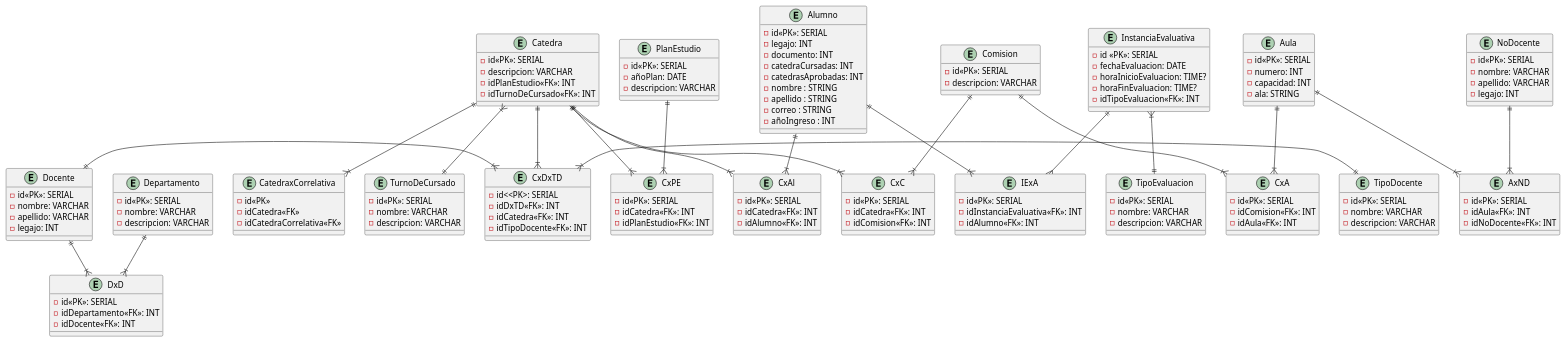
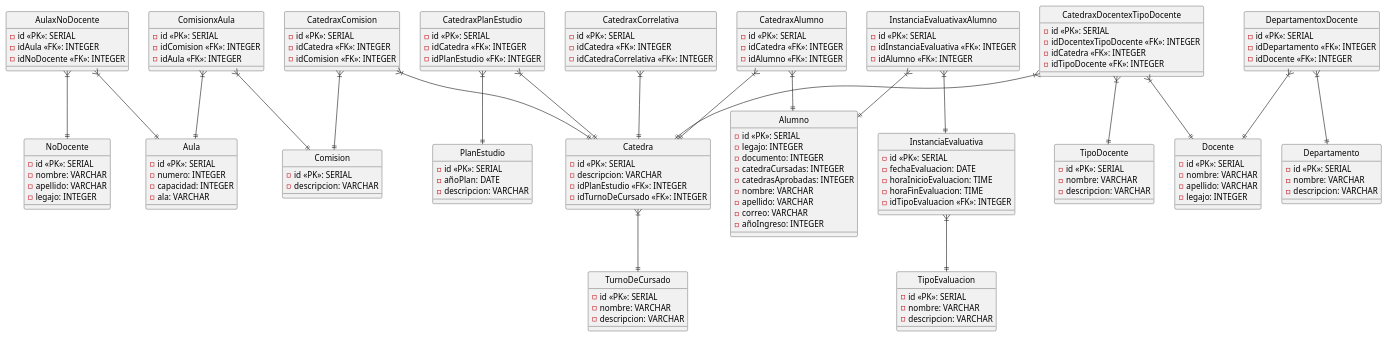
Before and after one commit to Medina-LisandroUTN/Sistema-Academico-2025: the diagram in Grupo5/Catedra.plantuml, drawn with PlantUML.

Commit message:
pero hágase todo decentemente y con orden. Corintios 14:40

```diff
--- a/Grupo5/Catedra.plantuml
+++ b/Grupo5/Catedra.plantuml
@@ -1,160 +1,170 @@
 @startuml Catedra
-hide circel
-entity Alumno{
-    -id<<PK>>: SERIAL
-    -legajo: INT
-    -documento: INT
-    -catedraCursadas: INT
-    -catedrasAprobadas: INT
-    -nombre : STRING
-    -apellido : STRING
-    -correo : STRING
-    -añoIngreso : INT
+hide circle
+entity Alumno {
+    - id <<PK>>: SERIAL
+    - legajo: INTEGER
+    - documento: INTEGER
+    - catedraCursadas: INTEGER
+    - catedrasAprobadas: INTEGER
+    - nombre: VARCHAR
+    - apellido: VARCHAR
+    - correo: VARCHAR
+    - añoIngreso: INTEGER
 }
 
-entity Aula{
-    -id<<PK>>: SERIAL
-    -numero: INT
-    -capacidad: INT
-    -ala: STRING
-}
-''Aula por No docente
-entity AxND{
-    -id<<PK>>: SERIAL
-    -idAula<<FK>>: INT
-    -idNoDocente<<FK>>: INT
+entity Aula {
+    - id <<PK>>: SERIAL
+    - numero: INTEGER
+    - capacidad: INTEGER
+    - ala: VARCHAR
 }
 
-entity Catedra{
-    -id<<PK>>: SERIAL
-    -descripcion: VARCHAR
-    -idPlanEstudio<<FK>>: INT
-    -idTurnoDeCursado<<FK>>: INT
+entity Catedra {
+    - id <<PK>>: SERIAL
+    - descripcion: VARCHAR
+    - idPlanEstudio <<FK>>: INTEGER
+    - idTurnoDeCursado <<FK>>: INTEGER
 }
 
-''Catedra por alumno
-entity CxAl{
-    -id<<PK>>: SERIAL
-    -idCatedra<<FK>>: INT
-    -idAlumno<<FK>>: INT
-}
-''Catedra por docente por tipo docente
-entity CxDxTD{
-    -id<<PK>: SERIAL
-    -idDxTD<<FK>>: INT
-    -idCatedra<<FK>>: INT
-    -idTipoDocente<<FK>>: INT
-}
-''Comision por aula
-entity CxA{
-    -id<<PK>>: SERIAL
-    -idComision<<FK>>: INT
-    -idAula<<FK>>: INT
-}
-''Catedra por Comisión
-entity CxC{
-    -id<<PK>>: SERIAL
-    -idCatedra<<FK>>: INT
-    -idComision<<FK>>: INT
-}
-''Catedra por Plan de Estudio
-entity CxPE{
-    -id<<PK>>: SERIAL
-    -idCatedra<<FK>>: INT
-    -idPlanEstudio<<FK>>: INT
-}
 entity Comision {
-    -id<<PK>>: SERIAL
-    -descripcion: VARCHAR
-}
-entity Departamento{
-    -id<<PK>>: SERIAL
-    -nombre: VARCHAR
-    -descripcion: VARCHAR
-}
-''Departamento por Docente
-entity DxD{
-    -id<<PK>>: SERIAL
-    -idDepartamento<<FK>>: INT
-    -idDocente<<FK>>: INT
-}
-entity Docente{
-    -id<<PK>>: SERIAL
-    -nombre: VARCHAR
-    -apellido: VARCHAR
-    -legajo: INT
-}
-entity InstanciaEvaluativa{
-    -id <<PK>>: SERIAL
-    -fechaEvaluacion: DATE
-    -horaInicioEvaluacion: TIME?
-    -horaFinEvaluacion: TIME?
-    -idTipoEvaluacion<<FK>>: INT
-}
-''InstanciaEvaluativa por Alumno
-entity IExA{
-    -id<<PK>>: SERIAL
-    -idInstanciaEvaluativa<<FK>>: INT
-    -idAlumno<<FK>>: INT
-}
-entity TipoEvaluacion{
-    -id<<PK>>: SERIAL
-    -nombre: VARCHAR
-    -descripcion: VARCHAR
-}
-entity TipoDocente{
-    -id<<PK>>: SERIAL
-    -nombre: VARCHAR
-    -descripcion: VARCHAR
-}
-entity NoDocente{
-    -id<<PK>>: SERIAL
-    -nombre: VARCHAR
-    -apellido: VARCHAR
-    -legajo: INT
-}
-entity PlanEstudio{
-    -id<<PK>>: SERIAL
-    -añoPlan: DATE
-    -descripcion: VARCHAR
-}
-entity TurnoDeCursado {
-    -id<<PK>>: SERIAL
-    -nombre: VARCHAR
-    -descripcion: VARCHAR
-}
-entity CatedraxCorrelativa {
-    -id<<PK>>
-    -idCatedra<<FK>>
-    ' warcrime?
-    -idCatedraCorrelativa<<FK>>
+    - id <<PK>>: SERIAL
+    - descripcion: VARCHAR
 }
 
-Catedra ||--|{ CxC
-Catedra ||--|{ CxAl
-Catedra ||--|{ CxPE
-Catedra ||--|{ CxDxTD
-Catedra ||--|{ CatedraxCorrelativa
+entity Departamento {
+    - id <<PK>>: SERIAL
+    - nombre: VARCHAR
+    - descripcion: VARCHAR
+}
+
+entity Docente {
+    - id <<PK>>: SERIAL
+    - nombre: VARCHAR
+    - apellido: VARCHAR
+    - legajo: INTEGER
+}
+
+entity InstanciaEvaluativa {
+    - id <<PK>>: SERIAL
+    - fechaEvaluacion: DATE
+    - horaInicioEvaluacion: TIME
+    - horaFinEvaluacion: TIME
+    - idTipoEvaluacion <<FK>>: INTEGER
+}
+
+entity NoDocente {
+    - id <<PK>>: SERIAL
+    - nombre: VARCHAR
+    - apellido: VARCHAR
+    - legajo: INTEGER
+}
+
+entity PlanEstudio {
+    - id <<PK>>: SERIAL
+    - añoPlan: DATE
+    - descripcion: VARCHAR
+}
+
+entity TipoDocente {
+    - id <<PK>>: SERIAL
+    - nombre: VARCHAR
+    - descripcion: VARCHAR
+}
+
+entity TipoEvaluacion {
+    - id <<PK>>: SERIAL
+    - nombre: VARCHAR
+    - descripcion: VARCHAR
+}
+
+entity TurnoDeCursado {
+    - id <<PK>>: SERIAL
+    - nombre: VARCHAR
+    - descripcion: VARCHAR
+}
+
+entity AulaxNoDocente {
+    - id <<PK>>: SERIAL
+    - idAula <<FK>>: INTEGER
+    - idNoDocente <<FK>>: INTEGER
+}
+
+entity CatedraxAlumno {
+    - id <<PK>>: SERIAL
+    - idCatedra <<FK>>: INTEGER
+    - idAlumno <<FK>>: INTEGER
+}
+
+entity CatedraxComision {
+    - id <<PK>>: SERIAL
+    - idCatedra <<FK>>: INTEGER
+    - idComision <<FK>>: INTEGER
+}
+
+entity CatedraxCorrelativa {
+    - id <<PK>>: SERIAL
+    - idCatedra <<FK>>: INTEGER
+    - idCatedraCorrelativa <<FK>>: INTEGER
+}
+
+entity CatedraxDocentexTipoDocente {
+    - id <<PK>>: SERIAL
+    - idDocentexTipoDocente <<FK>>: INTEGER
+    - idCatedra <<FK>>: INTEGER
+    - idTipoDocente <<FK>>: INTEGER
+}
+
+entity CatedraxPlanEstudio {
+    - id <<PK>>: SERIAL
+    - idCatedra <<FK>>: INTEGER
+    - idPlanEstudio <<FK>>: INTEGER
+}
+
+entity ComisionxAula {
+    - id <<PK>>: SERIAL
+    - idComision <<FK>>: INTEGER
+    - idAula <<FK>>: INTEGER
+}
+
+entity DepartamentoxDocente {
+    - id <<PK>>: SERIAL
+    - idDepartamento <<FK>>: INTEGER
+    - idDocente <<FK>>: INTEGER
+}
+
+entity InstanciaEvaluativaxAlumno {
+    - id <<PK>>: SERIAL
+    - idInstanciaEvaluativa <<FK>>: INTEGER
+    - idAlumno <<FK>>: INTEGER
+}
+
+InstanciaEvaluativa }|--|| TipoEvaluacion
 Catedra }|--|| TurnoDeCursado
-Comision ||--|{ CxA
-Comision ||--|{ CxC
 
-Aula ||--|{ CxA
-Aula ||--|{ AxND
+AulaxNoDocente }|--|| Aula
+AulaxNoDocente }|--|| NoDocente
 
-NoDocente ||--|{ AxND
+CatedraxAlumno }|--|| Alumno
+CatedraxAlumno }|--|| Catedra
 
-PlanEstudio ||--|{ CxPE
-Alumno ||--|{ CxAl
-Alumno ||--|{ IExA
+CatedraxComision }|--|| Catedra
+CatedraxComision }|--|| Comision
 
-Departamento ||--|{ DxD
+CatedraxCorrelativa }|--|| Catedra
 
-Docente ||--|{ DxD
-Docente ||-|{ CxDxTD
-TipoDocente ||-|{ CxDxTD
+CatedraxDocentexTipoDocente }|--|| Catedra
+CatedraxDocentexTipoDocente }|--|| Docente
+CatedraxDocentexTipoDocente }|--|| TipoDocente
 
-InstanciaEvaluativa ||--{ IExA
-InstanciaEvaluativa }|--||TipoEvaluacion
+CatedraxPlanEstudio }|--|| Catedra
+CatedraxPlanEstudio }|--|| PlanEstudio
 
+ComisionxAula }|--|| Aula
+ComisionxAula }|--|| Comision
+
+DepartamentoxDocente }|--|| Departamento
+DepartamentoxDocente }|--|| Docente
+
+InstanciaEvaluativaxAlumno }|--|| Alumno
+InstanciaEvaluativaxAlumno }|--|| InstanciaEvaluativa
 @enduml
```
